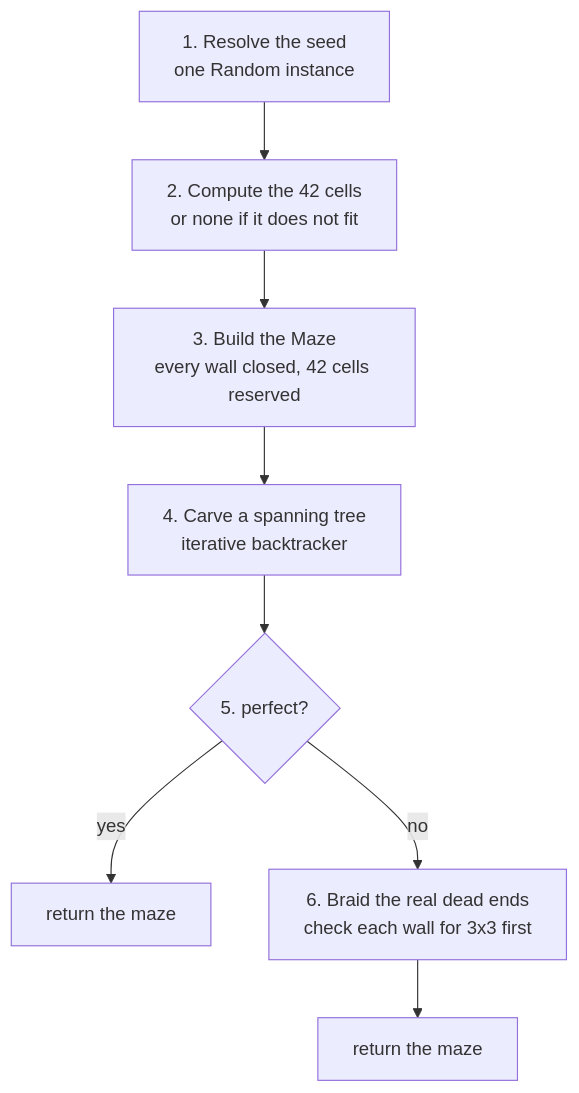
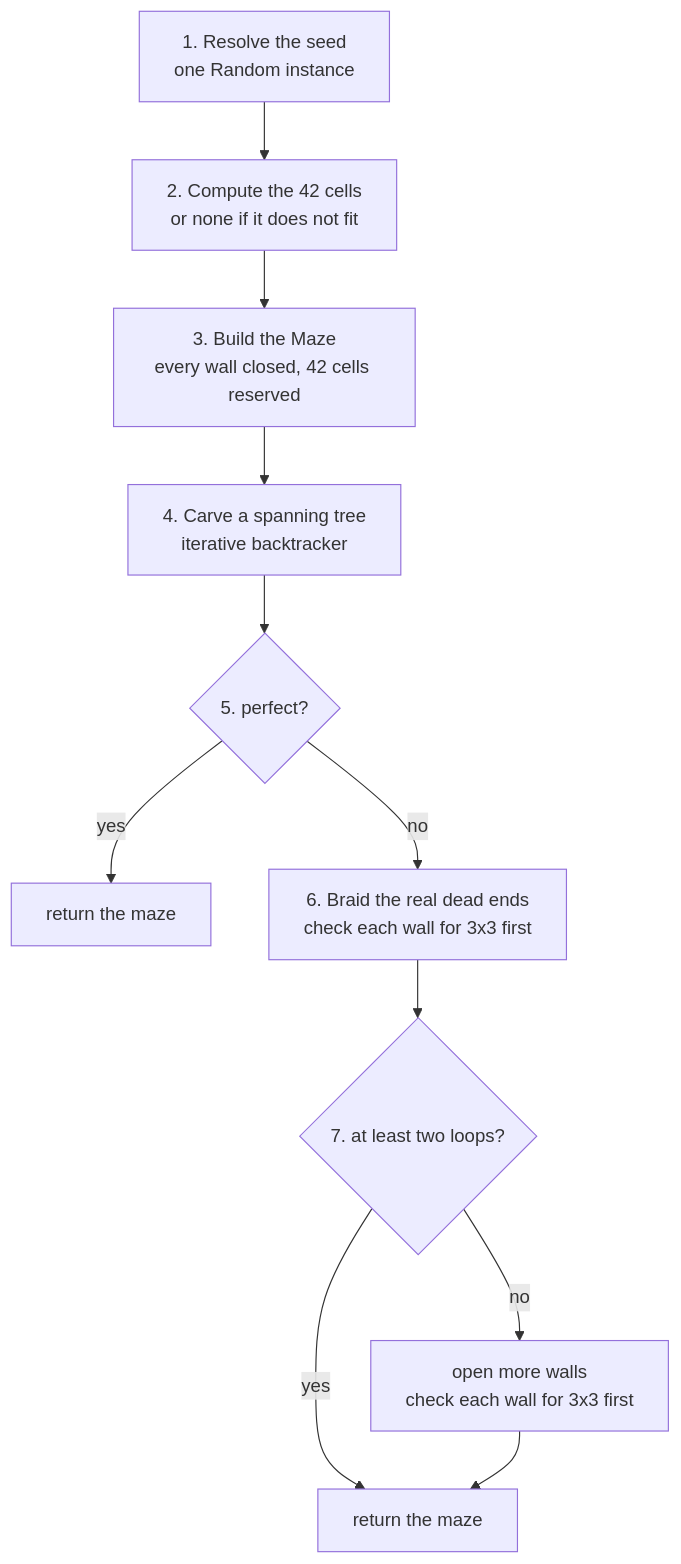
The second of 2 diagrams in Docs/implementation_plans/generation-algorithm.md (peladno/a-maze-ing), drawn with Mermaid before and after one commit. The commit also changed other lines of this file and 1 other file, not shown here.

First line of the commit message:
feat(generator): braid the real dead ends of a maze

````diff
--- a/Docs/implementation_plans/generation-algorithm.md
+++ b/Docs/implementation_plans/generation-algorithm.md
@@ -241,10 +244,13 @@
 ```mermaid
 flowchart TD
     S1["1. Resolve the seed<br/>one Random instance"] --> S2["2. Compute the 42 cells<br/>or none if it does not fit"]
     S2 --> S3["3. Build the Maze<br/>every wall closed, 42 cells reserved"]
     S3 --> S4["4. Carve a spanning tree<br/>iterative backtracker"]
     S4 --> Q{"5. perfect?"}
     Q -- yes --> R1["return the maze"]
     Q -- no --> S6["6. Braid the real dead ends<br/>check each wall for 3x3 first"]
-    S6 --> R2["return the maze"]
+    S6 --> Q2{"7. at least two loops?"}
+    Q2 -- yes --> R2["return the maze"]
+    Q2 -- no --> S7["open more walls<br/>check each wall for 3x3 first"]
+    S7 --> R2
 ```
````
